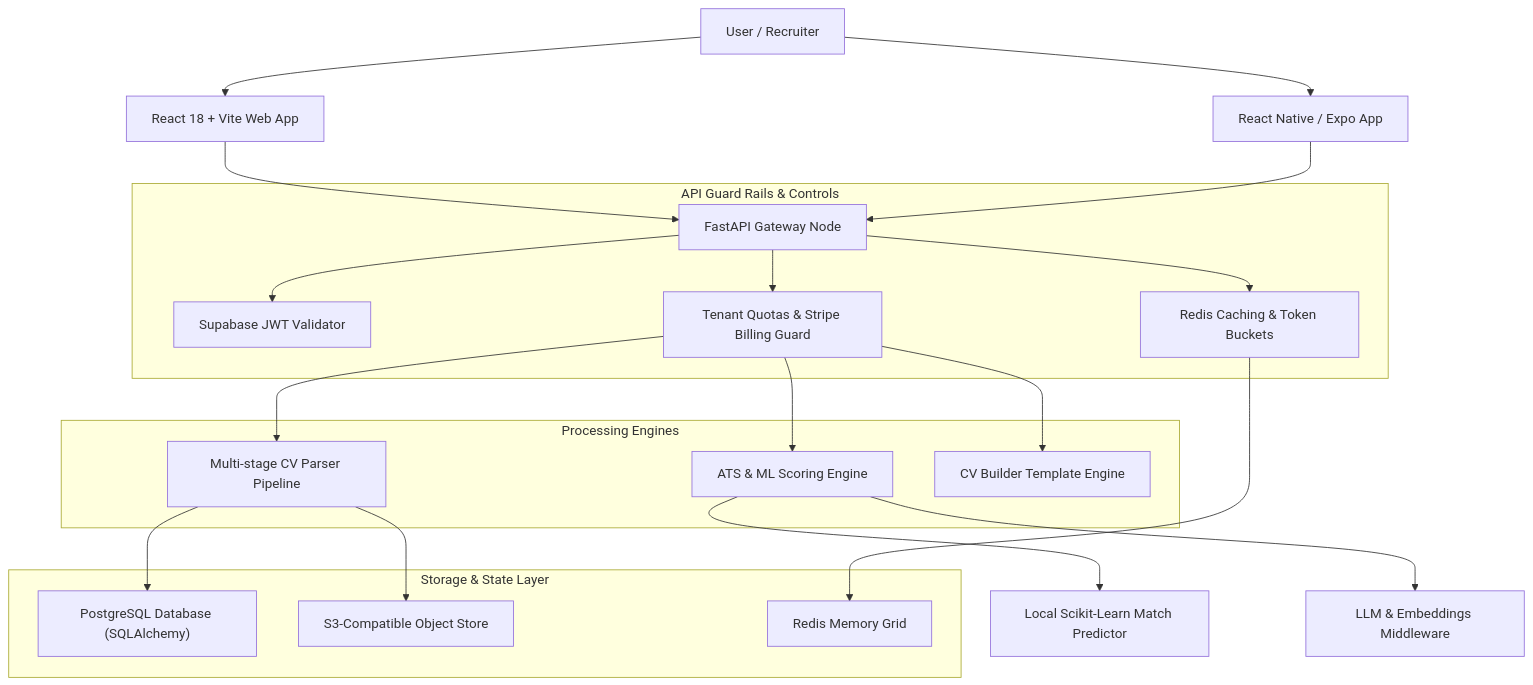
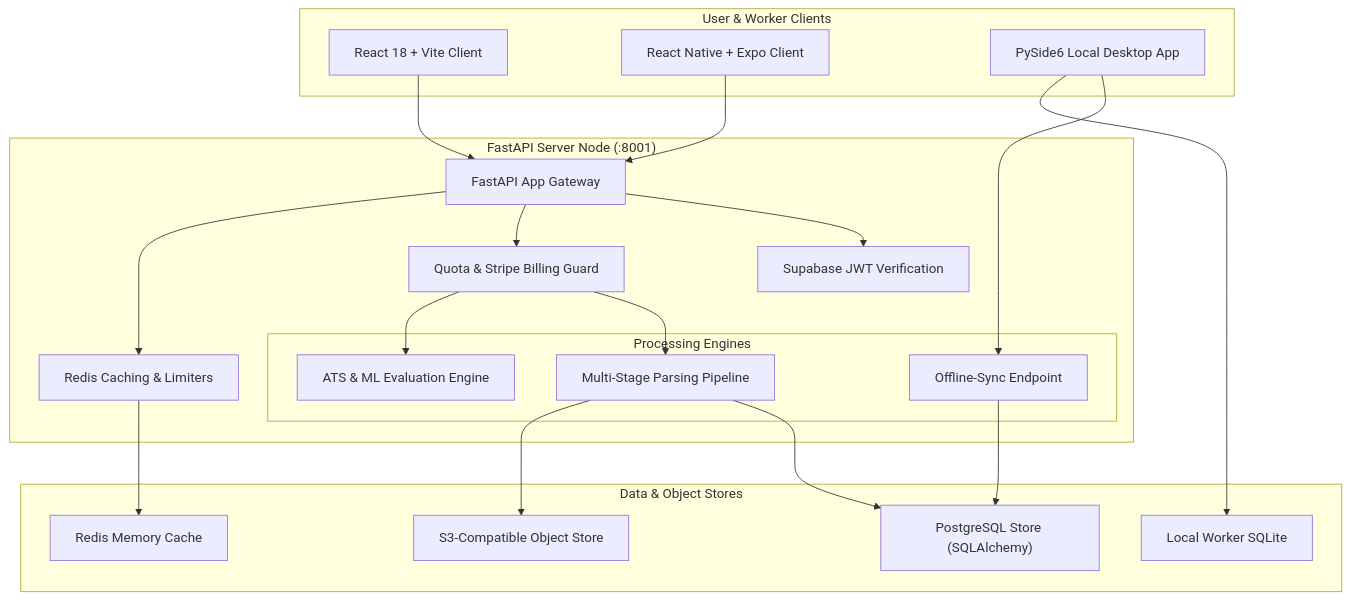
Before and after one commit to SercanOzkan55/CV-Analyzer: the first of 5 diagrams in README.md, drawn with Mermaid. The commit also changed other lines of this file, not shown here.

````diff
--- a/README.md
+++ b/README.md
@@ -43,29 +15,45 @@
 ```mermaid
 flowchart TB
-  user["User / Recruiter"] --> web["React 18 + Vite Web App"]
-  user --> mobile["React Native / Expo App"]
-
-  web --> api["FastAPI Gateway Node"]
-  mobile --> api
-
-  subgraph Gateway ["API Guard Rails & Controls"]
-    api --> auth["Supabase JWT Validator"]
-    api --> quota["Tenant Quotas & Stripe Billing Guard"]
-    api --> redis_cache["Redis Caching & Token Buckets"]
+  subgraph Client_Surfaces ["User & Worker Clients"]
+    web["React 18 + Vite Client"]
+    mobile["React Native + Expo Client"]
+    gui["PySide6 Local Desktop App"]
   end
 
-  subgraph Pipelines ["Processing Engines"]
-    quota --> parser["Multi-stage CV Parser Pipeline"]
-    quota --> scoring["ATS & ML Scoring Engine"]
-    quota --> builder["CV Builder Template Engine"]
+  subgraph Cloud_Infrastructure ["FastAPI Server Node (:8001)"]
+    api["FastAPI App Gateway"]
+    auth["Supabase JWT Verification"]
+    quota["Quota & Stripe Billing Guard"]
+    redis_limit["Redis Caching & Limiters"]
+    
+    subgraph Processors ["Processing Engines"]
+        parser["Multi-Stage Parsing Pipeline"]
+        scoring["ATS & ML Evaluation Engine"]
+        sync_api["Offline-Sync Endpoint"]
+    end
   end
 
-  subgraph Datastores ["Storage & State Layer"]
-    parser --> db["PostgreSQL Database (SQLAlchemy)"]
-    parser --> s3["S3-Compatible Object Store"]
-    redis_cache --> redis["Redis Memory Grid"]
+  subgraph Data_Storage ["Data & Object Stores"]
+    db["PostgreSQL Store (SQLAlchemy)"]
+    s3["S3-Compatible Object Store"]
+    local_sqlite["Local Worker SQLite"]
+    redis["Redis Memory Cache"]
   end
 
-  scoring --> ml_model["Local Scikit-Learn Match Predictor"]
-  scoring --> openai["LLM & Embeddings Middleware"]
+  web --> api
+  mobile --> api
+  gui --> sync_api
+
+  api --> auth
+  api --> quota
+  api --> redis_limit
+
+  quota --> parser
+  quota --> scoring
+  
+  parser --> db
+  parser --> s3
+  sync_api --> db
+  redis_limit --> redis
+  gui --> local_sqlite
 ```
````
